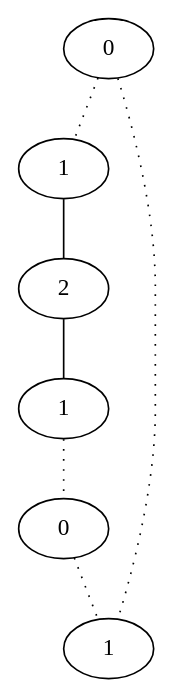
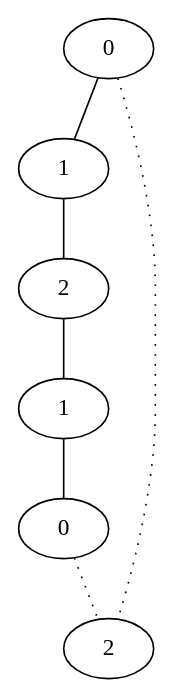
One commit to d1laj/Stage-M2 changed the diagram in TestPathsfactorised/result/dot/cycle_6_3_tc.dot. Above: the diagram before and after it, drawn with Graphviz. The commit also changed 4248 other files, not shown here.

```diff
--- a/TestPathsfactorised/result/dot/cycle_6_3_tc.dot
+++ b/TestPathsfactorised/result/dot/cycle_6_3_tc.dot
@@ -1,14 +1,14 @@
 graph {
 a0[label=0];
 a1[label=1];
 a2[label=2];
 a3[label=1];
 a4[label=0];
-a5[label=1];
-a0 -- a1 [style=dotted];
+a5[label=2];
+a0 -- a1;
 a0 -- a5 [style=dotted];
 a1 -- a2;
 a2 -- a3;
-a3 -- a4 [style=dotted];
+a3 -- a4;
 a4 -- a5 [style=dotted];
 }
```
